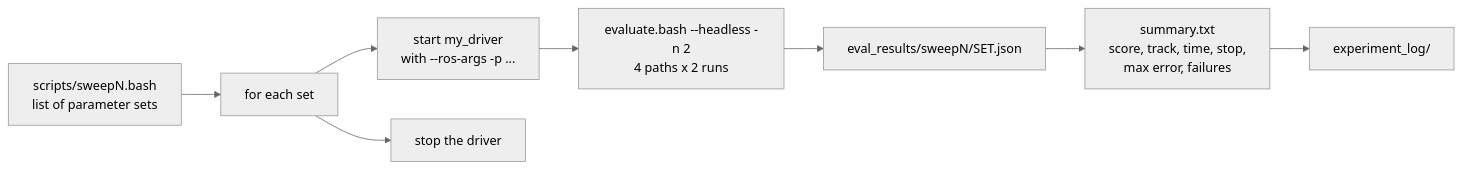
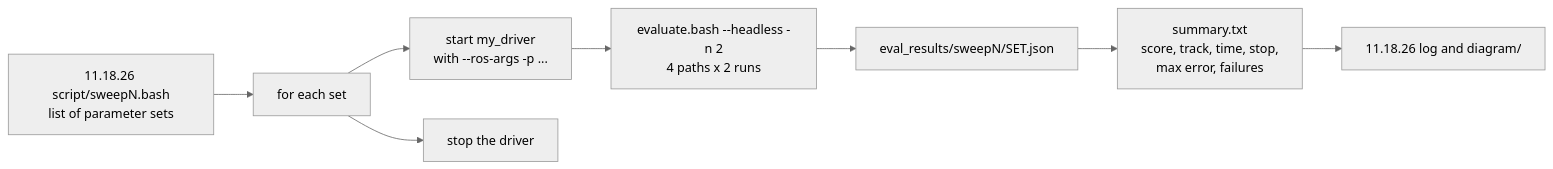
One commit to nahathaiw/NTHU-Racing_THRSimSimple changed the sixth of 6 diagrams in FLOW.md. Above: the diagram before and after it, drawn with Mermaid (neutral theme). The commit also changed 118 other files, not shown here.

Commit message:
docs: regroup into dated folders (script, eval result, log and diagram), sweeps by phase

````diff
--- a/FLOW.md
+++ b/FLOW.md
@@ -129,10 +129,10 @@
 ```mermaid
 flowchart LR
-    SW["scripts/sweepN.bash<br/>list of parameter sets"] --> LOOP["for each set"]
+    SW["11.18.26 script/sweepN.bash<br/>list of parameter sets"] --> LOOP["for each set"]
     LOOP --> DR["start my_driver<br/>with --ros-args -p ..."]
     DR --> EV["evaluate.bash --headless -n 2<br/>4 paths x 2 runs"]
     EV --> JS["eval_results/sweepN/SET.json"]
     JS --> SUM["summary.txt<br/>score, track, time, stop,<br/>max error, failures"]
-    SUM --> LOG["experiment_log/"]
+    SUM --> LOG["11.18.26 log and diagram/"]
     LOOP --> KILL["stop the driver"]
 ```
````
